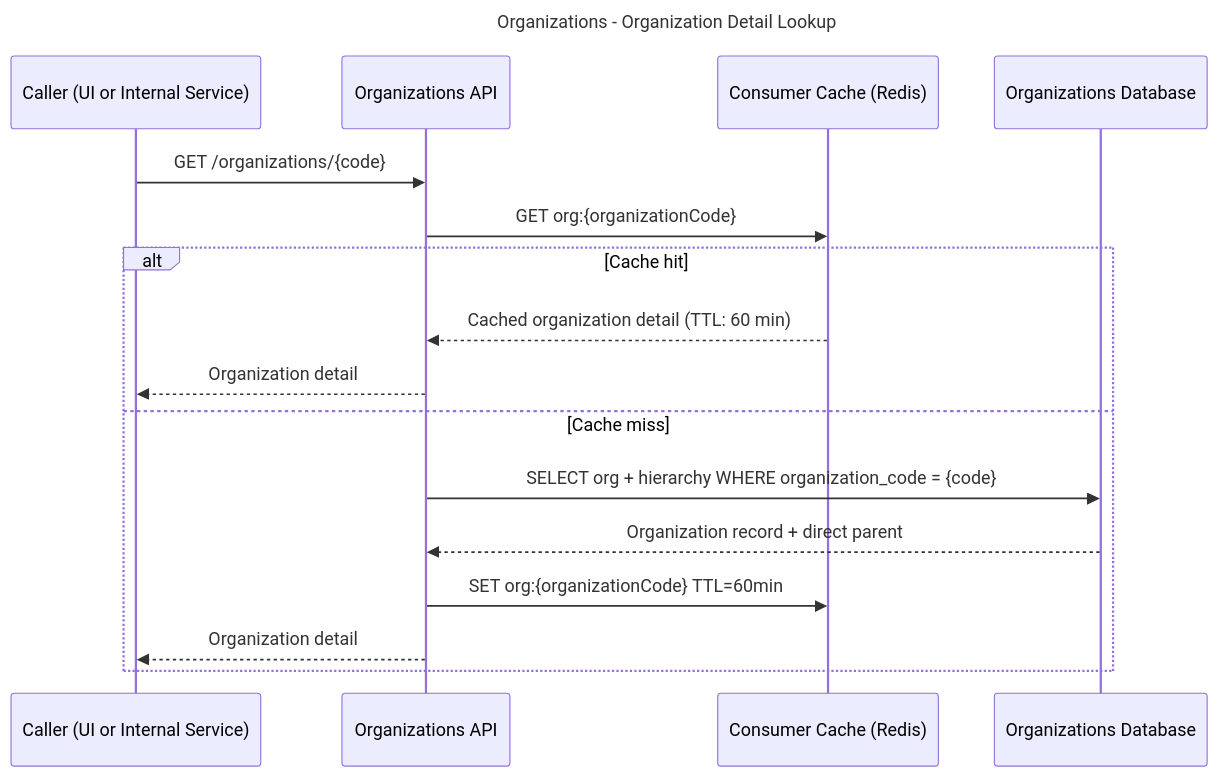
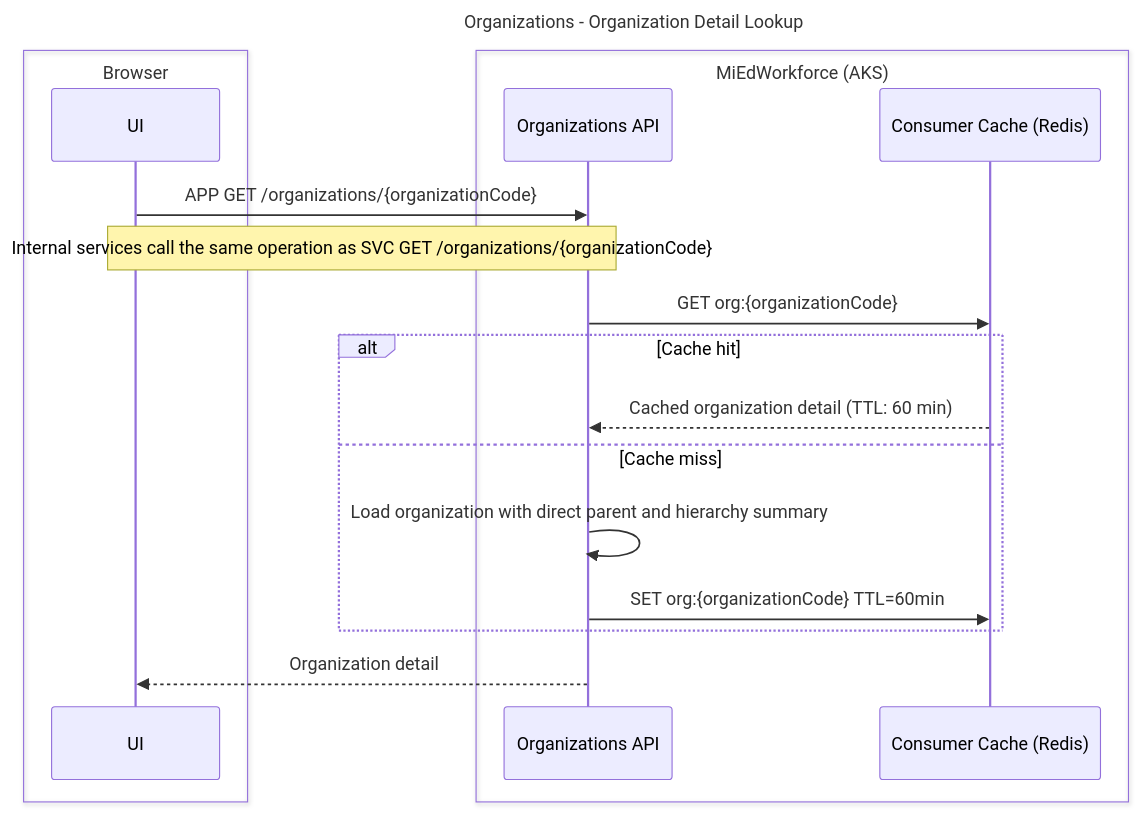
The third of 6 diagrams in working-docs/solution-areas/organizations/organizations-sequences.md (mnichols-dl/mied-design), drawn with Mermaid before and after one commit. The commit also changed other lines of this file and 34 other files, not shown here.

Commit message:
Update sequences and perform RTM assessment

````diff
--- a/working-docs/solution-areas/organizations/organizations-sequences.md
+++ b/working-docs/solution-areas/organizations/organizations-sequences.md
@@ -151,24 +159,27 @@
 ```mermaid
 ---
 title: Organizations - Organization Detail Lookup
 ---
 sequenceDiagram
-    participant Caller as Caller (UI or Internal Service)
-    participant OrgAPI as Organizations API
+    box Browser
+    participant UI as UI
+    end
+    box MiEdWorkforce (AKS)
+    participant OrgApi as Organizations API
     participant Cache as Consumer Cache (Redis)
-    participant OrgDB as Organizations Database
+    end
 
-    Caller->>OrgAPI: GET /organizations/{code}
+    UI->>OrgApi: APP GET /organizations/{organizationCode}
+    Note over UI,OrgApi: Internal services call the same operation as SVC GET /organizations/{organizationCode}
 
-    OrgAPI->>Cache: GET org:{organizationCode}
+    OrgApi->>Cache: GET org:{organizationCode}
 
     alt Cache hit
-        Cache-->>OrgAPI: Cached organization detail (TTL: 60 min)
-        OrgAPI-->>Caller: Organization detail
+        Cache-->>OrgApi: Cached organization detail (TTL: 60 min)
     else Cache miss
-        OrgAPI->>OrgDB: SELECT org + hierarchy WHERE organization_code = {code}
-        OrgDB-->>OrgAPI: Organization record + direct parent
-        OrgAPI->>Cache: SET org:{organizationCode} TTL=60min
-        OrgAPI-->>Caller: Organization detail
+        OrgApi->>OrgApi: Load organization with direct parent and hierarchy summary
+        OrgApi->>Cache: SET org:{organizationCode} TTL=60min
     end
+
+    OrgApi-->>UI: Organization detail
 ```
````
